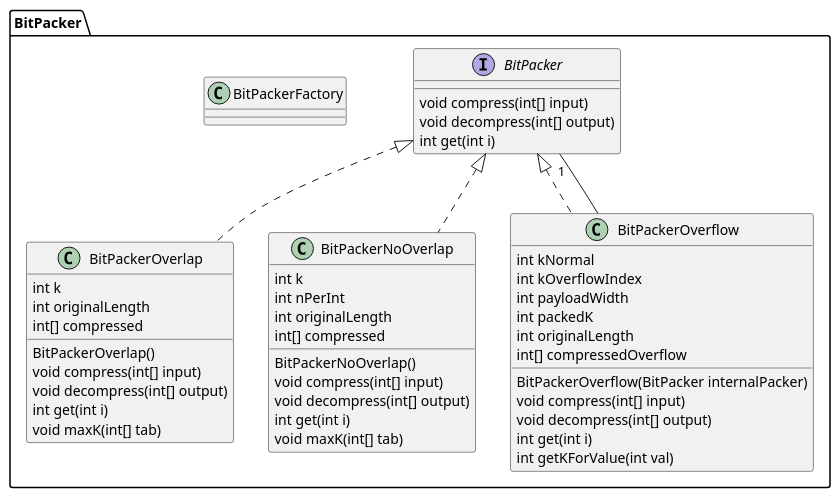
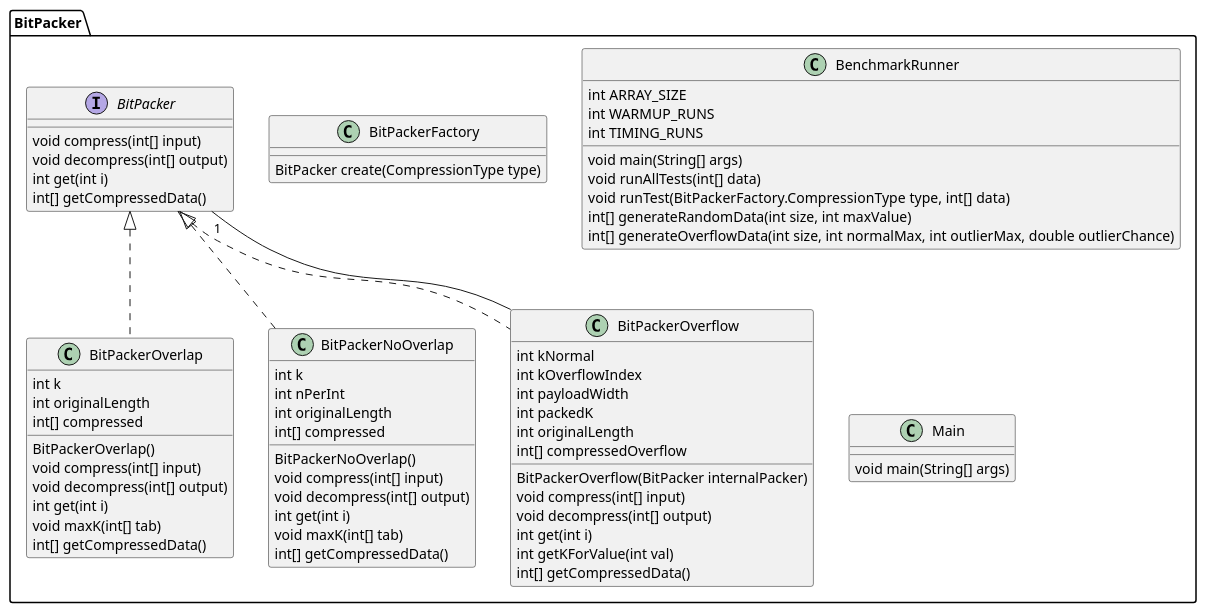
One commit to Sofiane949/BitPacking_Software_Engineering changed the diagram in diagramme_de_classe.plantuml. Above: the diagram before and after it, drawn with PlantUML. The commit also changed 2 other files, not shown here.

Commit message:
ajout d'une cible benchmark pour lancer les benchmarks dans le Makefile + maj diagramme de classe

```diff
--- a/diagramme_de_classe.plantuml
+++ b/diagramme_de_classe.plantuml
@@ -1,53 +1,73 @@
 @startuml
 package BitPacker {
 
 interface BitPacker {
     void compress(int[] input)
     void decompress(int[] output)
     int get(int i)
+    int[] getCompressedData()
 }
 
 class BitPackerOverlap implements BitPacker {
     int k
     int originalLength
     int[] compressed
     BitPackerOverlap()
     void compress(int[] input)
     void decompress(int[] output)
     int get(int i)
     void maxK(int[] tab)
+    int[] getCompressedData()
 }
 
 class BitPackerNoOverlap implements BitPacker {
     int k
     int nPerInt
     int originalLength
     int[] compressed
     BitPackerNoOverlap()
     void compress(int[] input)
     void decompress(int[] output)
     int get(int i)
     void maxK(int[] tab)
+    int[] getCompressedData()
 }
 
 class BitPackerOverflow implements BitPacker {
     int kNormal
     int kOverflowIndex
     int payloadWidth
     int packedK
     int originalLength
     int[] compressedOverflow
     BitPackerOverflow(BitPacker internalPacker)
     void compress(int[] input)
     void decompress(int[] output)
     int get(int i)
     int getKForValue(int val)
+    int[] getCompressedData()
 }
 
 class BitPackerFactory {
+    BitPacker create(CompressionType type)
+}
+
+class BenchmarkRunner {
+    int ARRAY_SIZE
+    int WARMUP_RUNS
+    int TIMING_RUNS
+    void main(String[] args)
+    void runAllTests(int[] data)
+    void runTest(BitPackerFactory.CompressionType type, int[] data)
+    int[] generateRandomData(int size, int maxValue)
+    int[] generateOverflowData(int size, int normalMax, int outlierMax, double outlierChance)
+}
+
+class Main {
+    void main(String[] args)
 }
 
 BitPackerOverflow -- "1" BitPacker
 
 }
 @enduml
```
